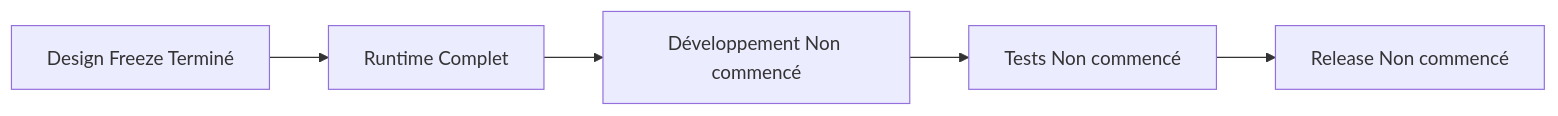
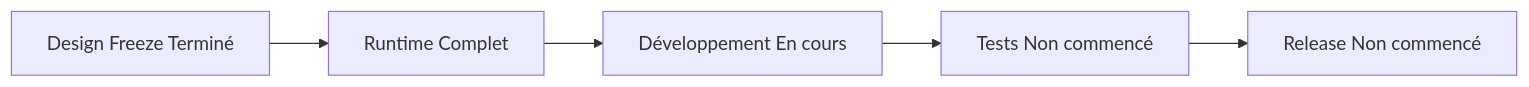
The first of 5 diagrams in docs/runtime/00_PROJECT_STATUS.md (JavaChrist/Tai-Chi-AI-Coach), drawn with Mermaid before and after one commit. The commit also changed other lines of this file and 59 other files, not shown here.

````diff
--- a/docs/runtime/00_PROJECT_STATUS.md
+++ b/docs/runtime/00_PROJECT_STATUS.md
@@ -210,12 +212,12 @@
 ```mermaid
 flowchart LR
   DF[Design Freeze Terminé]
   RT[Runtime Complet]
-  DEV[Développement Non commencé]
+  DEV[Développement En cours]
   TEST[Tests Non commencé]
   REL[Release Non commencé]
   DF --> RT
   RT --> DEV
   DEV --> TEST
   TEST --> REL
 ```
````
